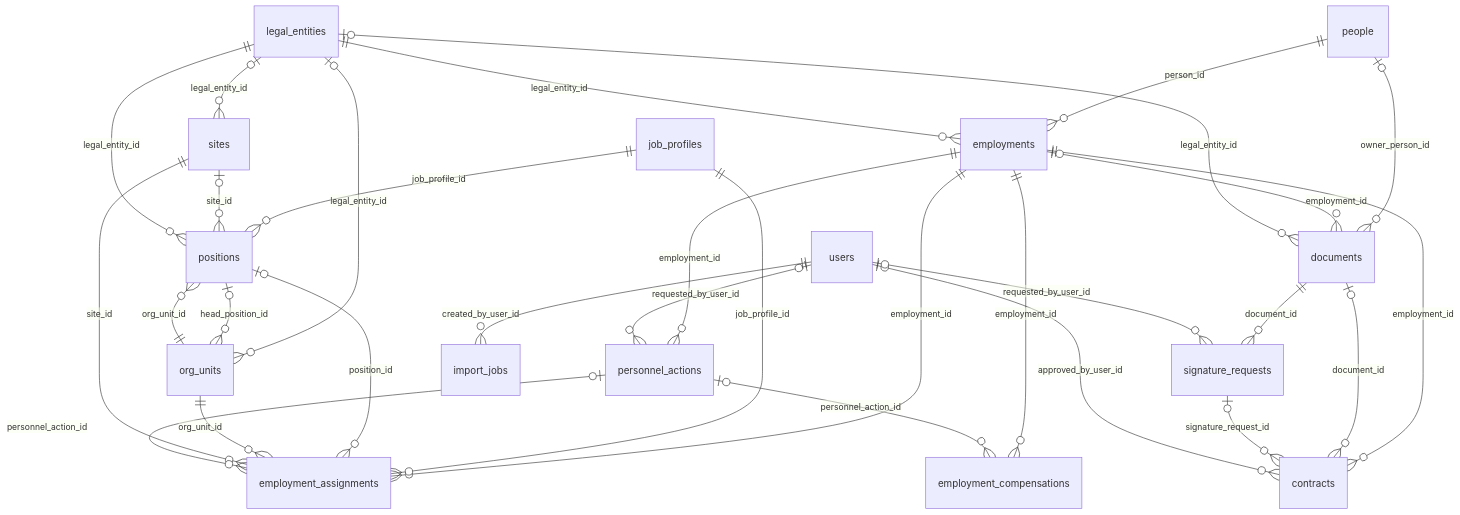
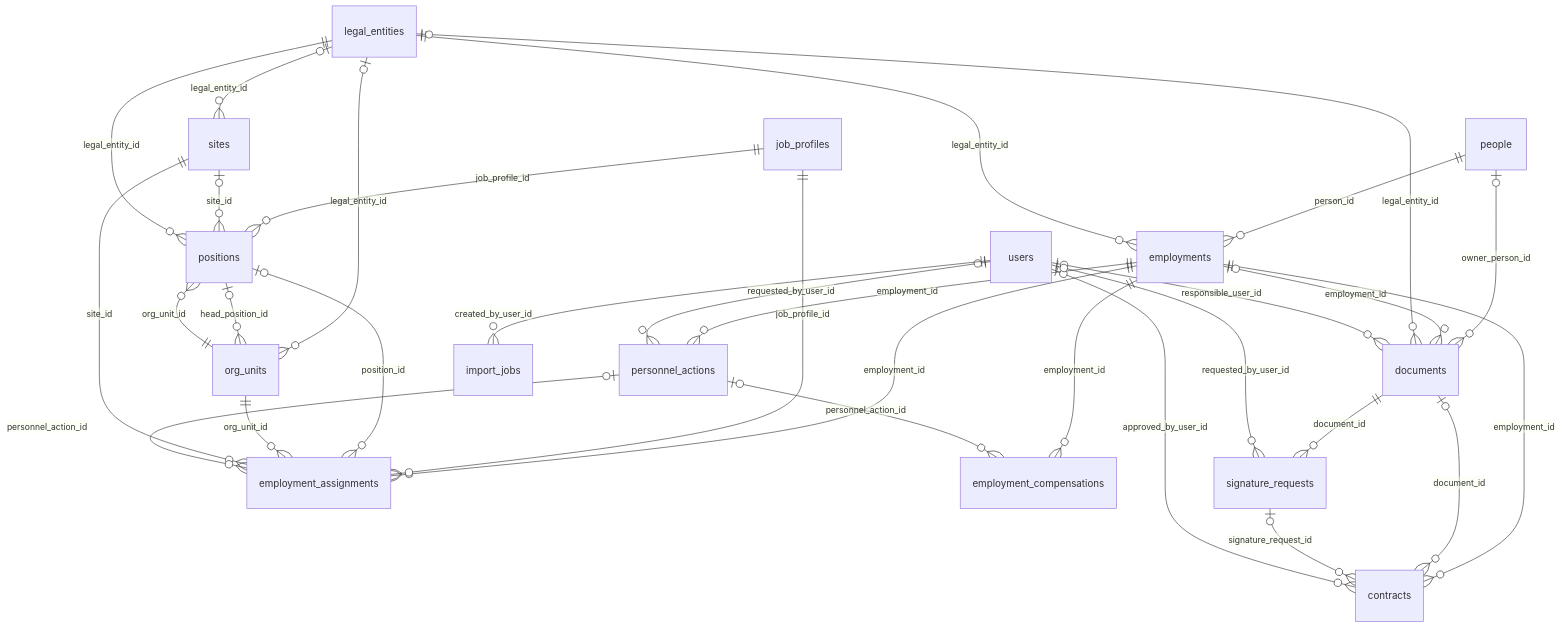
One commit to intelectalab/RRHH changed the second of 10 diagrams in kit/docs/04-modelo-de-datos.md. Above: the diagram before and after it, drawn with Mermaid. The commit also changed other lines of this file and 62 other files, not shown here.

````diff
--- a/kit/docs/04-modelo-de-datos.md
+++ b/kit/docs/04-modelo-de-datos.md
@@ -1082,32 +1082,33 @@
 ```mermaid
 erDiagram
   legal_entities |o--o{ sites : "legal_entity_id"
   legal_entities |o--o{ org_units : "legal_entity_id"
   positions |o--o{ org_units : "head_position_id"
   job_profiles ||--o{ positions : "job_profile_id"
   org_units ||--o{ positions : "org_unit_id"
   sites |o--o{ positions : "site_id"
   legal_entities ||--o{ positions : "legal_entity_id"
   people ||--o{ employments : "person_id"
   legal_entities ||--o{ employments : "legal_entity_id"
   employments ||--o{ personnel_actions : "employment_id"
   users |o--o{ personnel_actions : "requested_by_user_id"
   employments ||--o{ employment_assignments : "employment_id"
   job_profiles ||--o{ employment_assignments : "job_profile_id"
   positions |o--o{ employment_assignments : "position_id"
   org_units ||--o{ employment_assignments : "org_unit_id"
   sites ||--o{ employment_assignments : "site_id"
   personnel_actions |o--o{ employment_assignments : "personnel_action_id"
   employments ||--o{ employment_compensations : "employment_id"
   personnel_actions |o--o{ employment_compensations : "personnel_action_id"
   employments ||--o{ contracts : "employment_id"
   documents |o--o{ contracts : "document_id"
   signature_requests |o--o{ contracts : "signature_request_id"
   users |o--o{ contracts : "approved_by_user_id"
   people |o--o{ documents : "owner_person_id"
   employments |o--o{ documents : "employment_id"
   legal_entities |o--o{ documents : "legal_entity_id"
+  users |o--o{ documents : "responsible_user_id"
   documents ||--o{ signature_requests : "document_id"
   users |o--o{ signature_requests : "requested_by_user_id"
   users ||--o{ import_jobs : "created_by_user_id"
 ```
````
